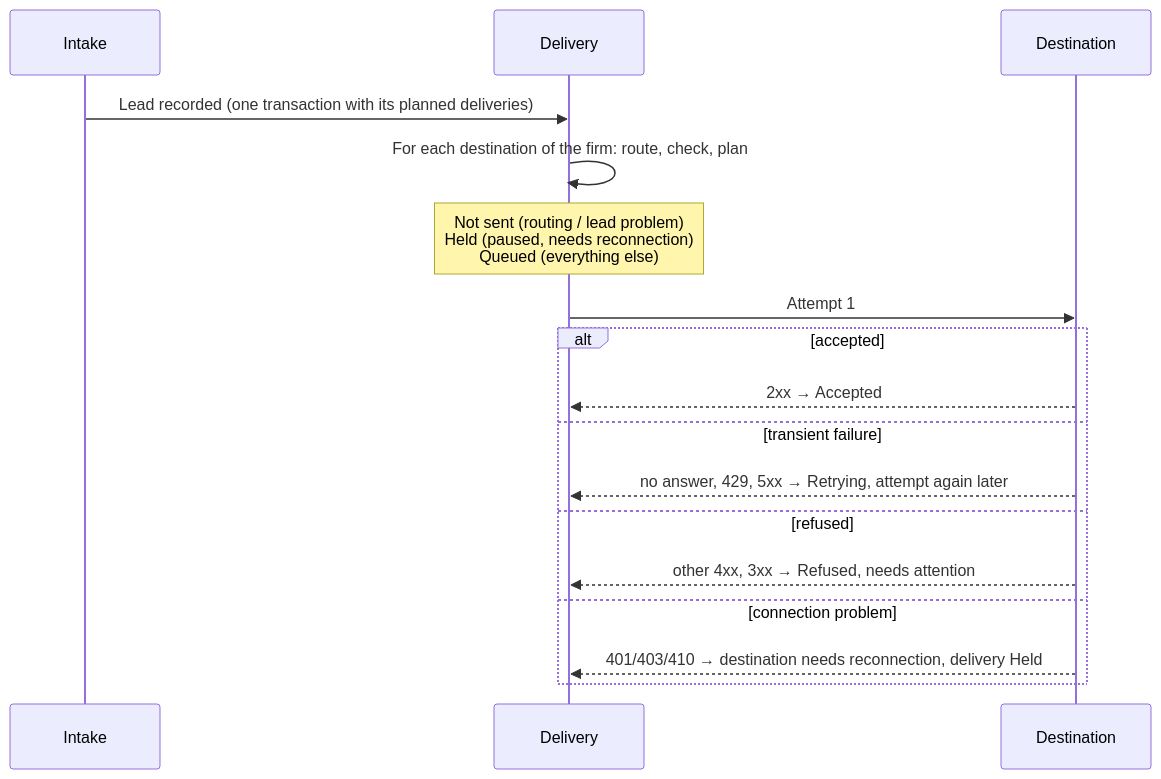
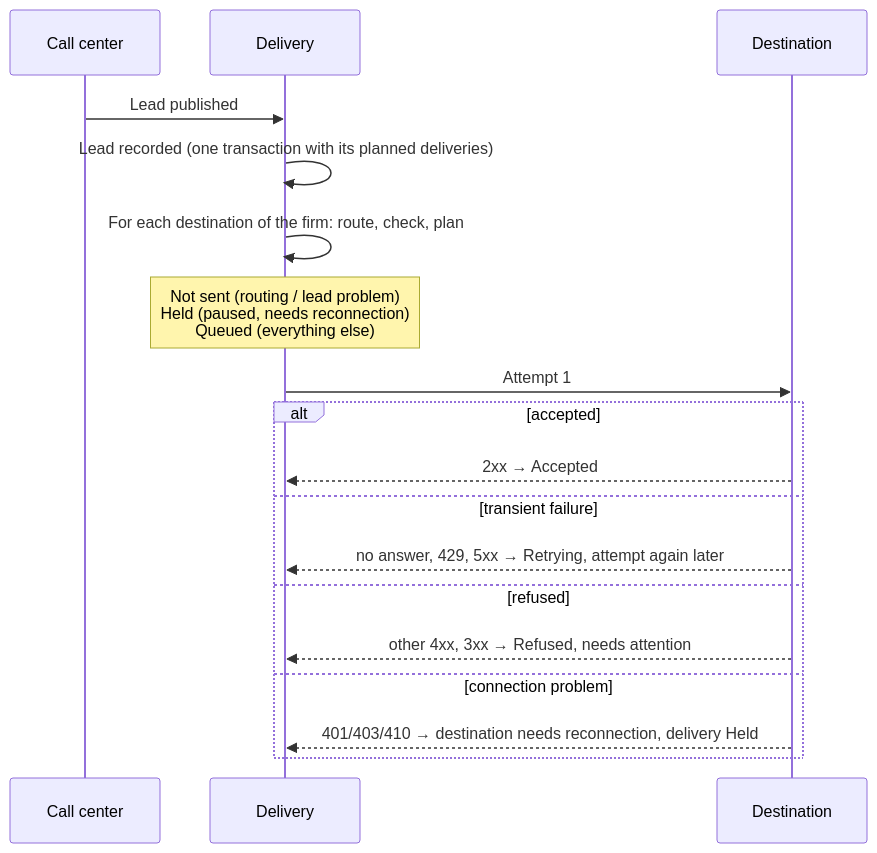
The second of 4 diagrams in docs/lead-delivery/README.md (cthomas76c5h/leads-integration), drawn with Mermaid before and after one commit. The commit also changed other lines of this file and 40 other files, not shown here.

````diff
--- a/docs/lead-delivery/README.md
+++ b/docs/lead-delivery/README.md
@@ -100,19 +106,20 @@
 ```mermaid
 sequenceDiagram
-  participant I as Intake
+  participant I as Call center
   participant D as Delivery
   participant X as Destination
-  I->>D: Lead recorded (one transaction with its planned deliveries)
+  I->>D: Lead published
+  D->>D: Lead recorded (one transaction with its planned deliveries)
   D->>D: For each destination of the firm: route, check, plan
   Note over D: Not sent (routing / lead problem)<br/>Held (paused, needs reconnection)<br/>Queued (everything else)
   D->>X: Attempt 1
   alt accepted
     X-->>D: 2xx → Accepted
   else transient failure
     X-->>D: no answer, 429, 5xx → Retrying, attempt again later
   else refused
     X-->>D: other 4xx, 3xx → Refused, needs attention
   else connection problem
     X-->>D: 401/403/410 → destination needs reconnection, delivery Held
   end
 ```
````
